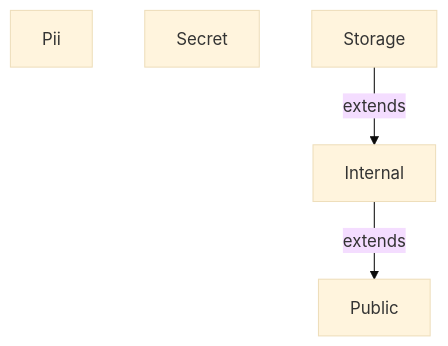
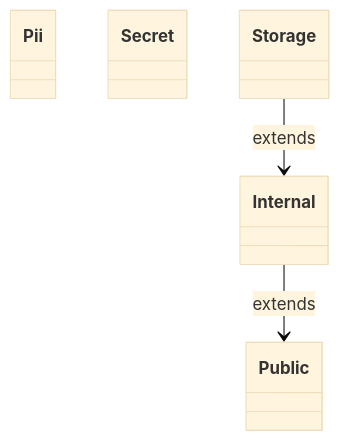
The first of 6 diagrams in examples/pii_dataflow/README.md (release-art/pydantic-prism), drawn with Mermaid (base theme) before and after one commit. The commit also changed other lines of this file and 7 other files, not shown here.

````diff
--- a/examples/pii_dataflow/README.md
+++ b/examples/pii_dataflow/README.md
@@ -7,11 +7,11 @@
 ```mermaid
-graph TD
-    Internal["Internal"]
-    Pii["Pii"]
-    Public["Public"]
-    Secret["Secret"]
-    Storage["Storage"]
-    Internal -->|"extends"| Public
-    Storage -->|"extends"| Internal
-    classDef partial stroke-dasharray: 5 5;
+classDiagram
+    direction TB
+    class Internal
+    class Pii
+    class Public
+    class Secret
+    class Storage
+    Internal --> Public : extends
+    Storage --> Internal : extends
 ```
````
